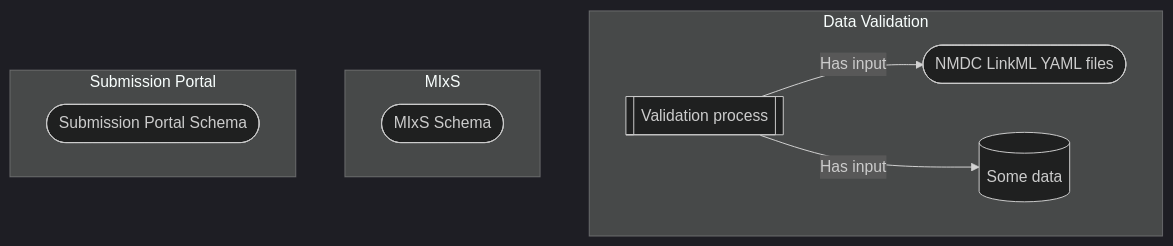
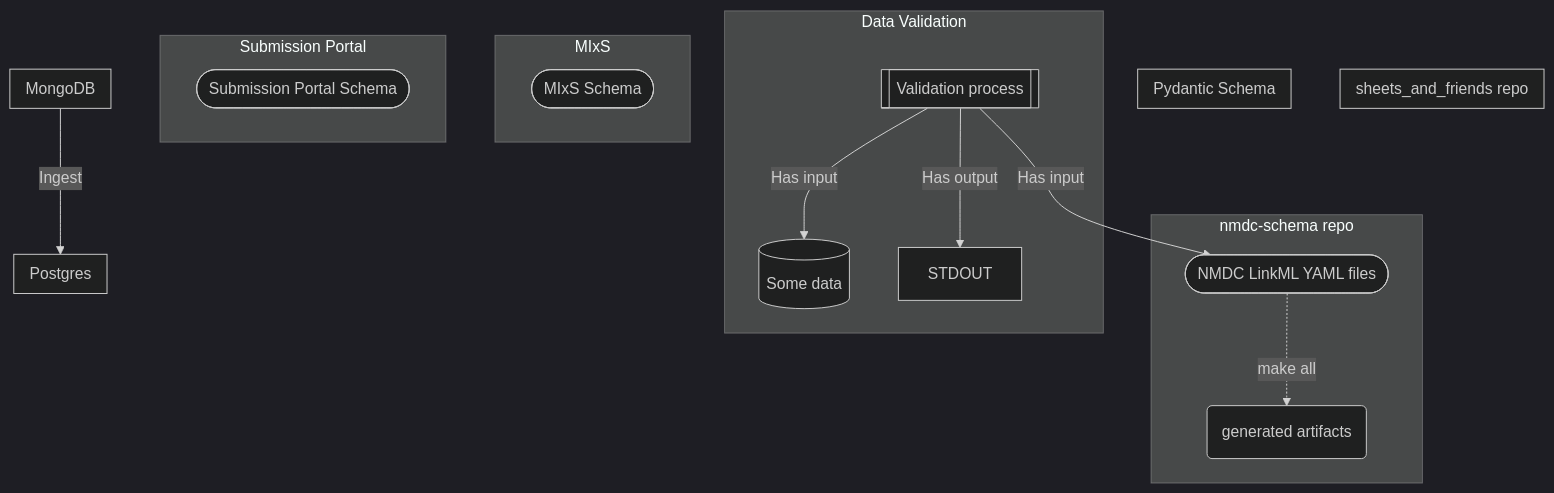
One commit to microbiomedata/nmdc-schema changed the diagram in README.md. Above: the diagram before and after it, drawn with Mermaid (dark theme).

````diff
--- a/README.md
+++ b/README.md
@@ -42,17 +42,31 @@
 ```mermaid
 flowchart TB
+    subgraph sheets_and_friends repo
+    end
+    subgraph Pydantic Schema
+    end
+    subgraph nmdc-schema repo
+    ly([NMDC LinkML YAML files])
+    lg(generated artifacts)
+    ly-.make all.->lg
+    end
     subgraph Data Validation
-    ly([NMDC LinkML YAML files])
     click ly href "https://github.com/microbiomedata/nmdc-schema/tree/main/src/schema" _top
     d[(Some data)]
     v[[Validation process]]
     v--Has input-->d
     v--Has input-->ly
+    v--Has output-->STDOUT
     end
     subgraph MIxS
     m([MIxS Schema])
     end
     subgraph Submission Portal
     sps([Submission Portal Schema])
     end
+    subgraph MongoDB
+    end
+    subgraph Postgres
+    end
+    MongoDB --Ingest--> Postgres
 ```
````
